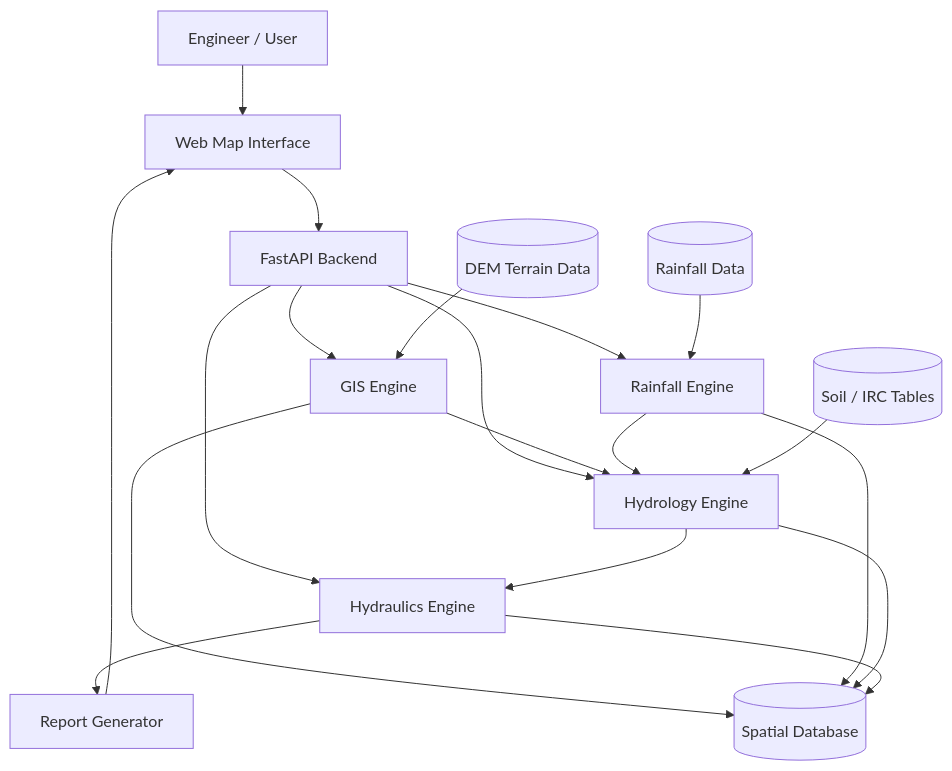
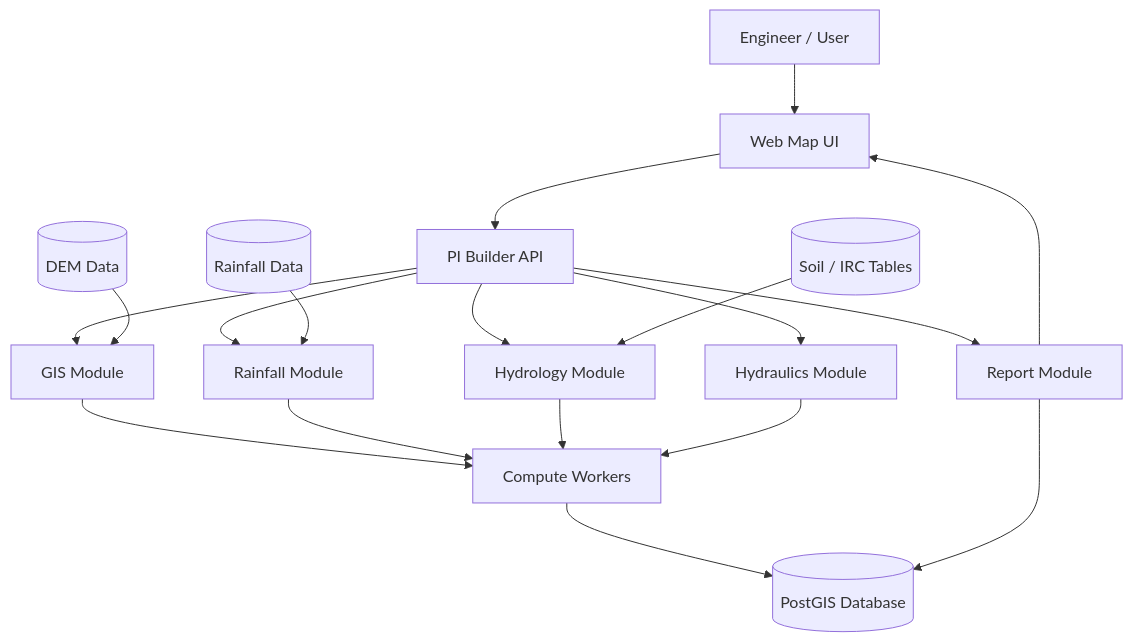
One commit to pifoundrylz/pibuilder changed the diagram in docs/architecture.md. Above: the diagram before and after it, drawn with Mermaid. The commit also changed other lines of this file, not shown here.

````diff
--- a/docs/architecture.md
+++ b/docs/architecture.md
@@ -3,42 +3,39 @@
 ```mermaid
 flowchart TB
 
 %% USER
 U[Engineer / User]
 
 %% FRONTEND
-U --> UI[Web Map Interface]
+U --> UI[Web Map UI]
 
-%% BACKEND
-UI --> API[FastAPI Backend]
+%% API
+UI --> API[PI Builder API]
 
-%% COMPUTE MODULES
-API --> GIS[GIS Engine]
-API --> RAIN[Rainfall Engine]
-API --> HYDRO[Hydrology Engine]
-API --> HYDRAULIC[Hydraulics Engine]
+%% DOMAIN MODULES
+API --> GIS[GIS Module]
+API --> RAIN[Rainfall Module]
+API --> HYDRO[Hydrology Module]
+API --> HYDRAULIC[Hydraulics Module]
+API --> REPORT[Report Module]
 
-%% ENGINE FLOW
-GIS --> HYDRO
-RAIN --> HYDRO
-HYDRO --> HYDRAULIC
-
-%% OUTPUT
-HYDRAULIC --> REPORT[Report Generator]
-REPORT --> UI
+%% JOB WORKERS
+GIS --> WORKER[Compute Workers]
+RAIN --> WORKER
+HYDRO --> WORKER
+HYDRAULIC --> WORKER
 
 %% DATA
-DEM[(DEM Terrain Data)]
+DEM[(DEM Data)]
 RAIN_DATA[(Rainfall Data)]
 SOIL[(Soil / IRC Tables)]
-DB[(Spatial Database)]
+DB[(PostGIS Database)]
 
 DEM --> GIS
 RAIN_DATA --> RAIN
 SOIL --> HYDRO
 
-GIS --> DB
-RAIN --> DB
-HYDRO --> DB
-HYDRAULIC --> DB
+WORKER --> DB
+REPORT --> DB
+REPORT --> UI
 ```
````
